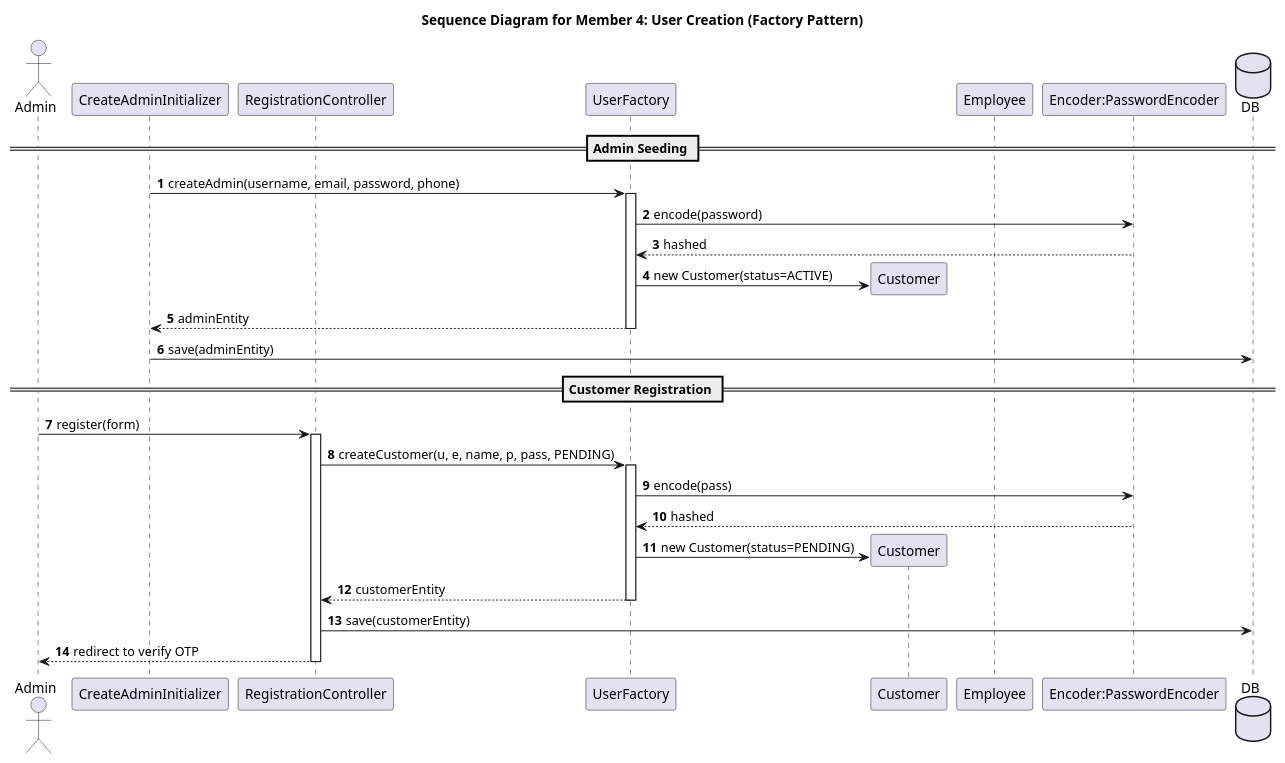
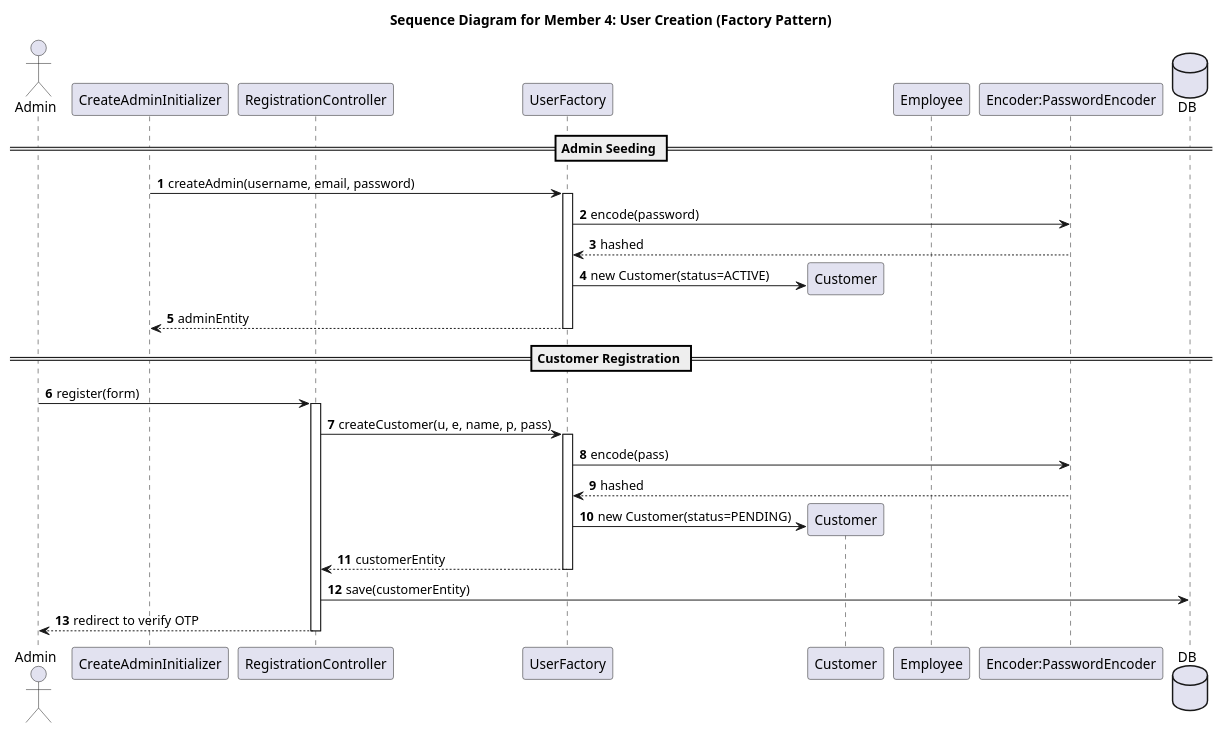
The diagram in problems/Member4_UserSecurity/task2_user_factory.puml (vothnha26/Object-Oriented_Design), drawn with PlantUML before and after one commit. The commit also changed 27 other files, not shown here.

Commit message:
docs: update design problems and sequence diagrams, remove SHIPPER role, and transition to Session/Cookie cart model

```diff
--- a/problems/Member4_UserSecurity/task2_user_factory.puml
+++ b/problems/Member4_UserSecurity/task2_user_factory.puml
@@ -1,38 +1,37 @@
-@startuml
+@startuml task2_user_factory
 title Sequence Diagram for Member 4: User Creation (Factory Pattern)
 autonumber
 
 actor Admin
 participant "CreateAdminInitializer" as CAI
 participant "RegistrationController" as RC
 participant "UserFactory" as UF
 participant "Customer" as C
 participant "Employee" as E
 participant "Encoder:PasswordEncoder" as ENC
 database DB
 
 == Admin Seeding ==
-CAI -> UF : createAdmin(username, email, password, phone)
+CAI -> UF : createAdmin(username, email, password)
 activate UF
 UF -> ENC : encode(password)
 ENC --> UF : hashed
 UF -> C** : new Customer(status=ACTIVE)
 UF --> CAI : adminEntity
 deactivate UF
-CAI -> DB : save(adminEntity)
 
 == Customer Registration ==
 Admin -> RC : register(form)
 activate RC
-RC -> UF : createCustomer(u, e, name, p, pass, PENDING)
+RC -> UF : createCustomer(u, e, name, p, pass)
 activate UF
 UF -> ENC : encode(pass)
 ENC --> UF : hashed
 UF -> C** : new Customer(status=PENDING)
 UF --> RC : customerEntity
 deactivate UF
 RC -> DB : save(customerEntity)
 RC --> Admin : redirect to verify OTP
 deactivate RC
 
 @enduml
```
